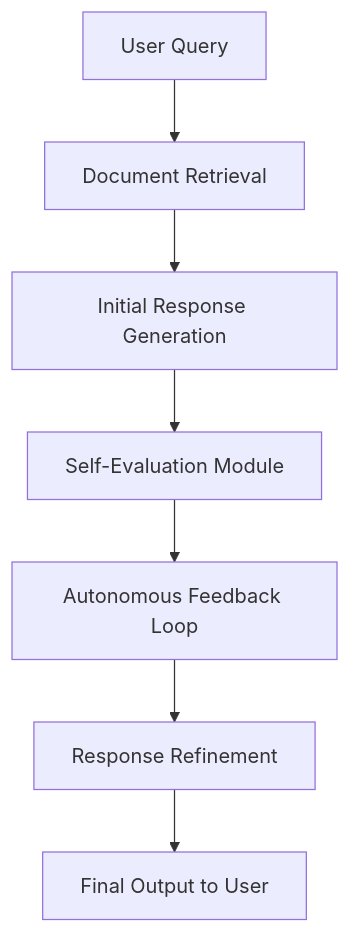
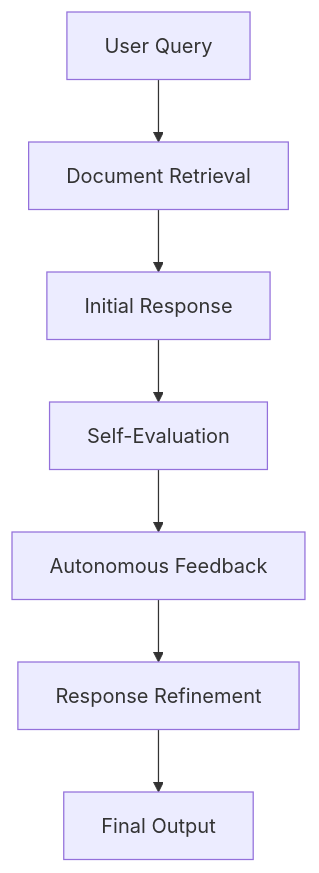
One commit to Dinuk-Di/RAG-Architectures changed the fourth of 25 diagrams in Readme.md. Above: the diagram before and after it, drawn with Mermaid. The commit also changed other lines of this file, not shown here.

````diff
--- a/Readme.md
+++ b/Readme.md
@@ -69,9 +97,9 @@
 ```mermaid
 flowchart TD
     A[User Query] --> B[Document Retrieval]
-    B --> C[Initial Response Generation]
-    C --> D[Self-Evaluation Module]
-    D --> E[Autonomous Feedback Loop]
+    B --> C[Initial Response]
+    C --> D[Self-Evaluation]
+    D --> E[Autonomous Feedback]
     E --> F[Response Refinement]
-    F --> G[Final Output to User]
+    F --> G[Final Output]
 ```
````
